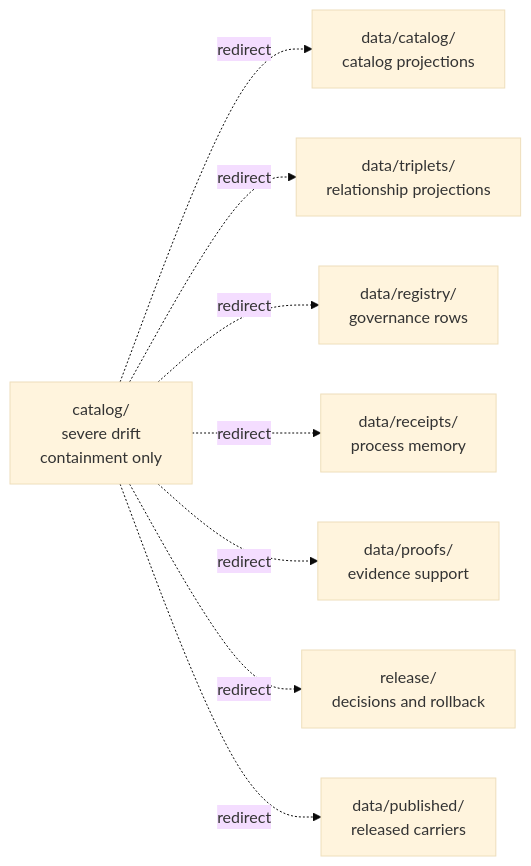
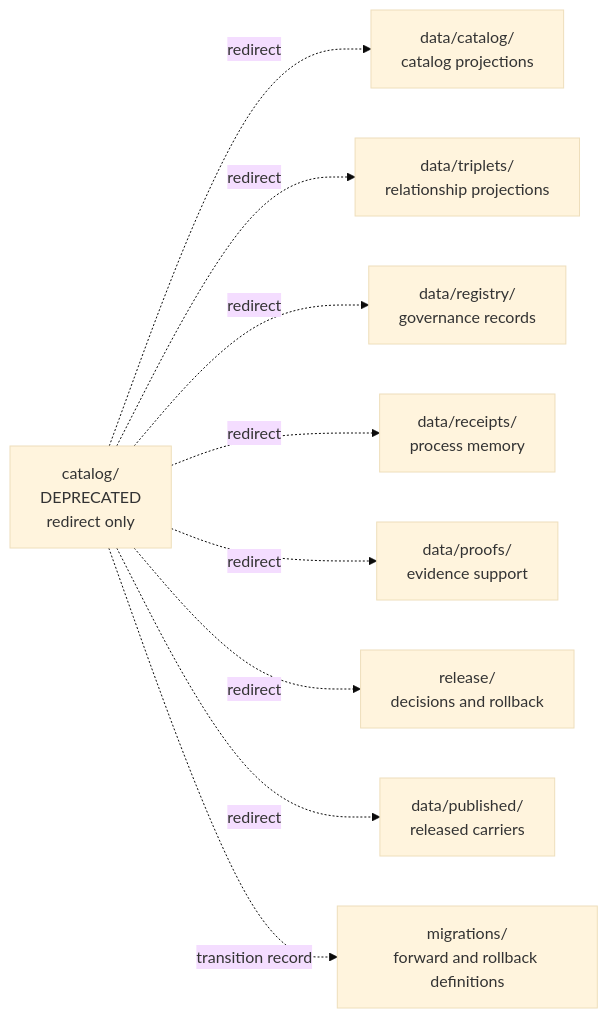
Before and after one commit to bartytime4life/Kansas-Frontier-Matrix: the diagram in catalog/README.md, drawn with Mermaid (base theme). The commit also changed other lines of this file, not shown here.

Commit message:
docs(catalog): reconcile deprecated root evidence

````diff
--- a/catalog/README.md
+++ b/catalog/README.md
@@ -173,19 +315,21 @@
 ```mermaid
 flowchart LR
-    ROOT["catalog/<br/>severe drift<br/>containment only"]
+    ROOT["catalog/<br/>DEPRECATED<br/>redirect only"]
     CAT["data/catalog/<br/>catalog projections"]
     TRI["data/triplets/<br/>relationship projections"]
-    REG["data/registry/<br/>governance rows"]
+    REG["data/registry/<br/>governance records"]
     REC["data/receipts/<br/>process memory"]
     PROOF["data/proofs/<br/>evidence support"]
     REL["release/<br/>decisions and rollback"]
     PUB["data/published/<br/>released carriers"]
+    MIG["migrations/<br/>forward and rollback definitions"]
 
     ROOT -. redirect .-> CAT
     ROOT -. redirect .-> TRI
     ROOT -. redirect .-> REG
     ROOT -. redirect .-> REC
     ROOT -. redirect .-> PROOF
     ROOT -. redirect .-> REL
     ROOT -. redirect .-> PUB
+    ROOT -. transition record .-> MIG
 ```
````
